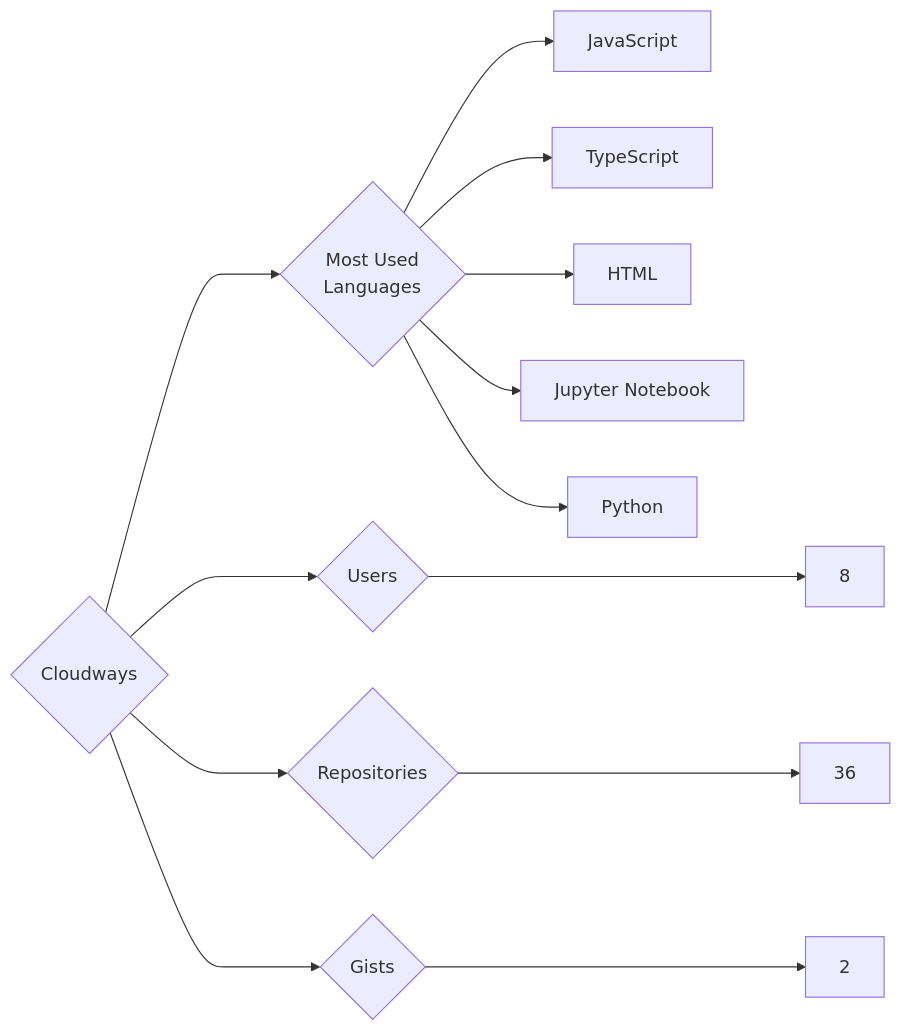
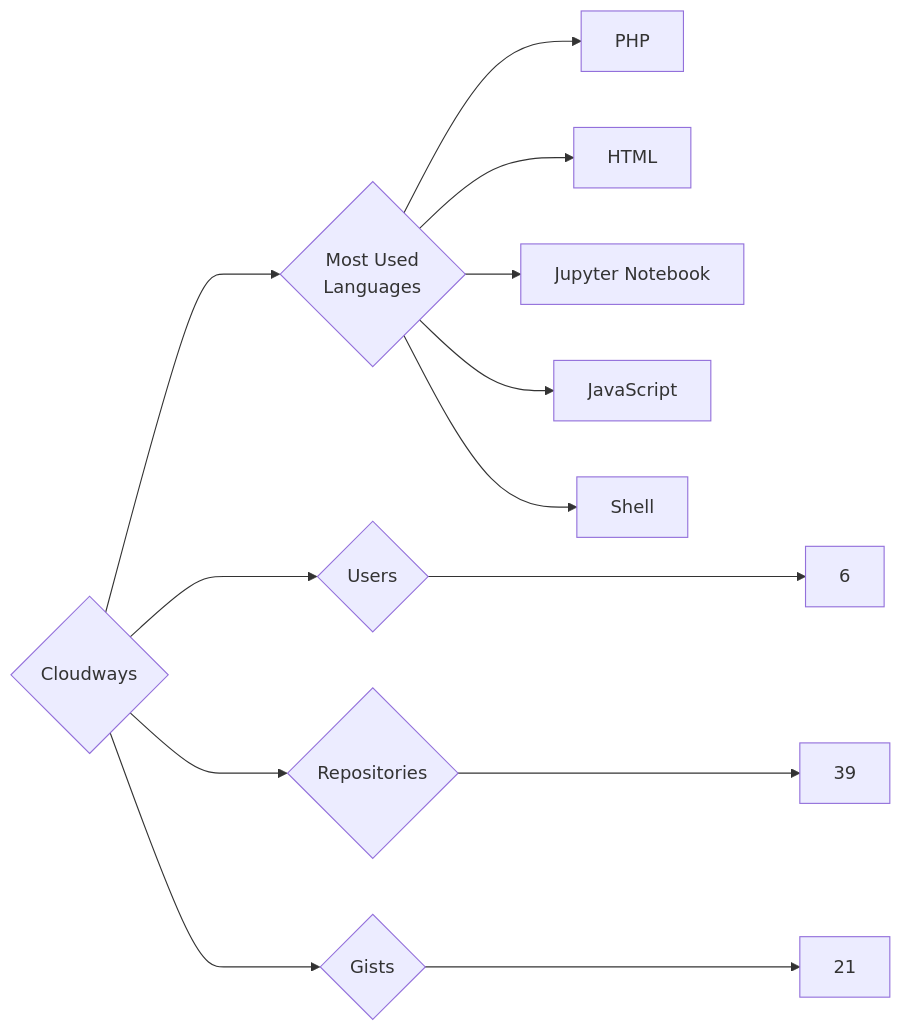
The diagram in targets/Cloudways/README.md (trickest/insiders), drawn with Mermaid before and after one commit. The commit also changed 944 other files, not shown here.

````diff
--- a/targets/Cloudways/README.md
+++ b/targets/Cloudways/README.md
@@ -3,13 +3,13 @@
 ```mermaid
 graph LR
 COMPANY_NAME{Cloudways}
-COMPANY_NAME ---> U{Users} ---> UN[8]
-COMPANY_NAME ---> R{Repositories} ---> RN[36]
-COMPANY_NAME ---> G{Gists} ---> GN[2]
+COMPANY_NAME ---> U{Users} ---> UN[6]
+COMPANY_NAME ---> R{Repositories} ---> RN[39]
+COMPANY_NAME ---> G{Gists} ---> GN[21]
 COMPANY_NAME ---> ML{Most Used<br>Languages}
-ML --> JavaScript[JavaScript]
-ML --> TypeScript[TypeScript]
+ML --> PHP[PHP]
 ML --> HTML[HTML]
 ML --> Jupyter_Notebook[Jupyter Notebook]
-ML --> Python[Python]
+ML --> JavaScript[JavaScript]
+ML --> Shell[Shell]
 ```
````
